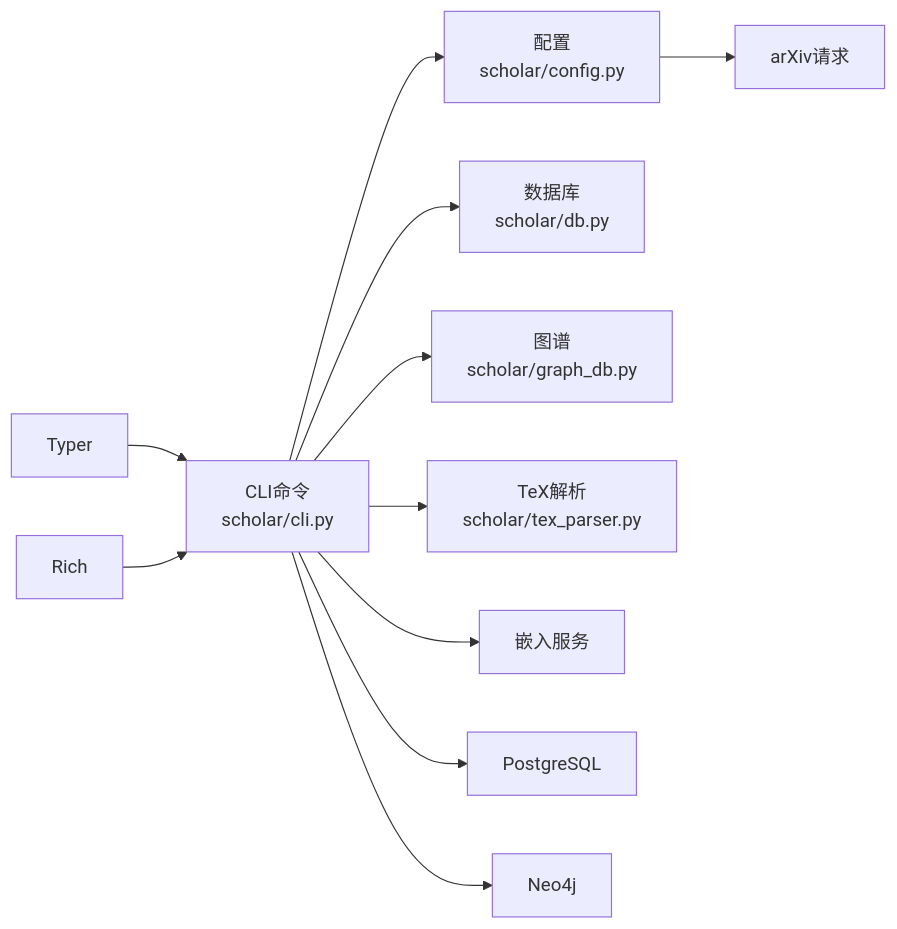
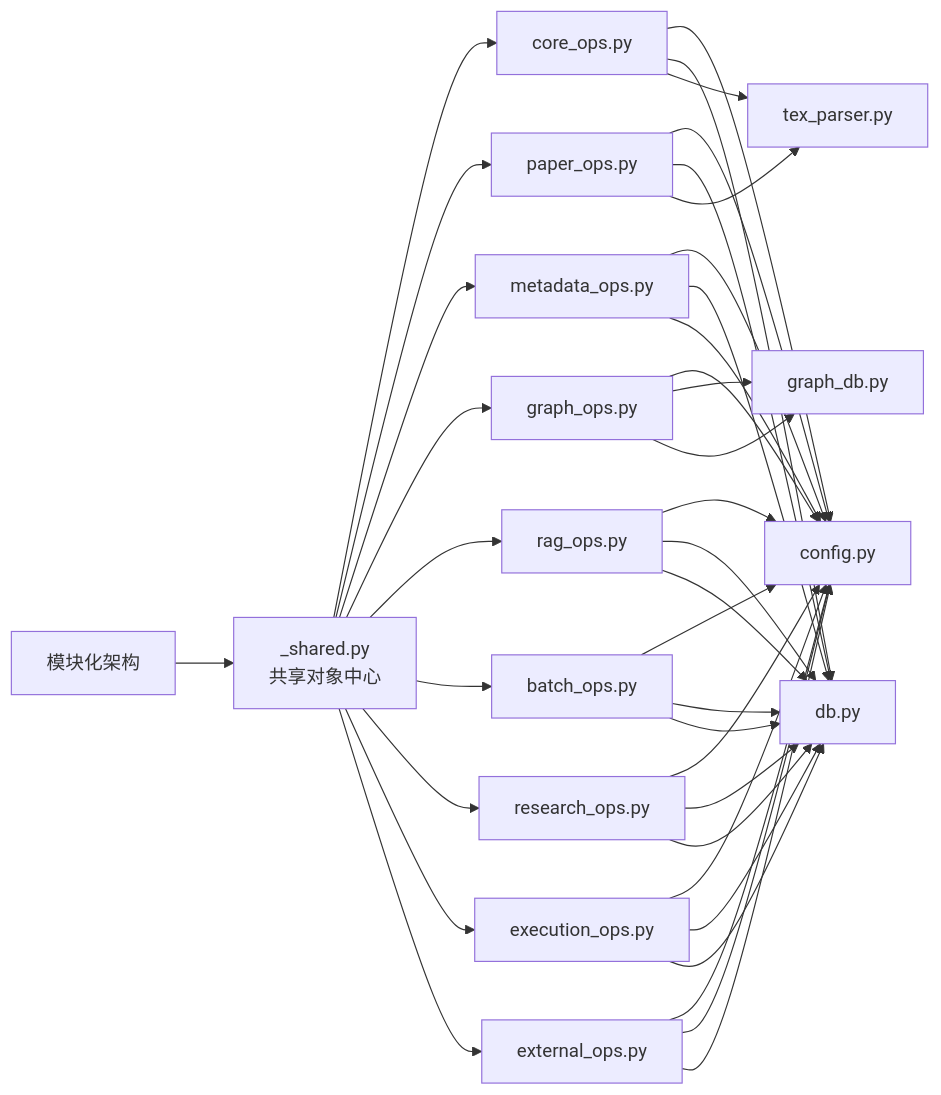
Before and after one commit to 1173591564/academic-based-qoder: the second of 2 diagrams in .qoder/repowiki/zh/content/Python后端系统/CLI命令行接口/CLI命令行接口.md, drawn with Mermaid. The commit also changed other lines of this file and 68 other files, not shown here.

````diff
--- a/.qoder/repowiki/zh/content/Python后端系统/CLI命令行接口/CLI命令行接口.md
+++ b/.qoder/repowiki/zh/content/Python后端系统/CLI命令行接口/CLI命令行接口.md
@@ -381,13 +561,40 @@
 ```mermaid
 graph LR
-T["Typer"] --> CLI["CLI命令<br/>scholar/cli.py"]
-R["Rich"] --> CLI
-CLI --> CFG["配置<br/>scholar/config.py"]
-CLI --> DB["数据库<br/>scholar/db.py"]
-CLI --> GDB["图谱<br/>scholar/graph_db.py"]
-CLI --> TEX["TeX解析<br/>scholar/tex_parser.py"]
-CFG --> ARX["arXiv请求"]
-CLI --> EMB["嵌入服务"]
-CLI --> PG["PostgreSQL"]
-CLI --> NEO["Neo4j"]
+SUB["模块化架构"] --> SHARED["_shared.py<br/>共享对象中心"]
+SHARED --> CORE["core_ops.py"]
+SHARED --> PAPER["paper_ops.py"]
+SHARED --> META["metadata_ops.py"]
+SHARED --> GRAPH["graph_ops.py"]
+SHARED --> RAG["rag_ops.py"]
+SHARED --> BATCH["batch_ops.py"]
+SHARED --> RESEARCH["research_ops.py"]
+SHARED --> EXEC["execution_ops.py"]
+SHARED --> EXTERNAL["external_ops.py"]
+CORE --> CONFIG["config.py"]
+PAPER --> CONFIG
+META --> CONFIG
+GRAPH --> CONFIG
+RAG --> CONFIG
+BATCH --> CONFIG
+RESEARCH --> CONFIG
+EXEC --> CONFIG
+EXTERNAL --> CONFIG
+CORE --> DB["db.py"]
+PAPER --> DB
+META --> DB
+GRAPH --> GDB["graph_db.py"]
+RAG --> DB
+BATCH --> DB
+RESEARCH --> DB
+EXEC --> DB
+EXTERNAL --> CONFIG
+CORE --> TEX["tex_parser.py"]
+PAPER --> TEX
+META --> CONFIG
+GRAPH --> GDB
+RAG --> DB
+BATCH --> DB
+RESEARCH --> DB
+EXEC --> DB
+EXTERNAL --> CONFIG
 ```
````
